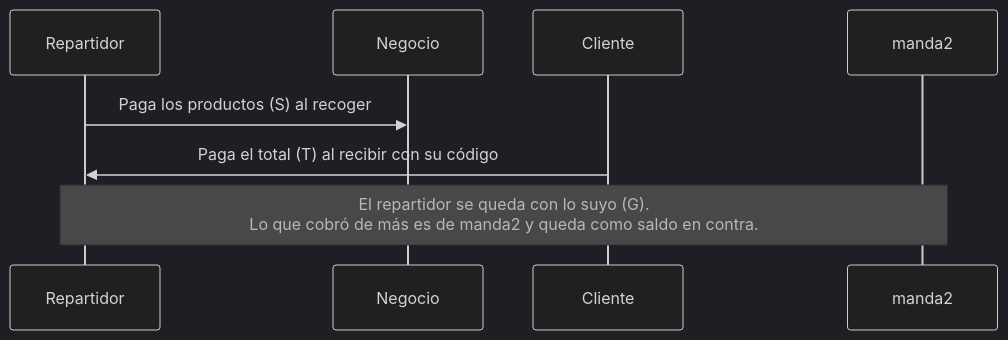
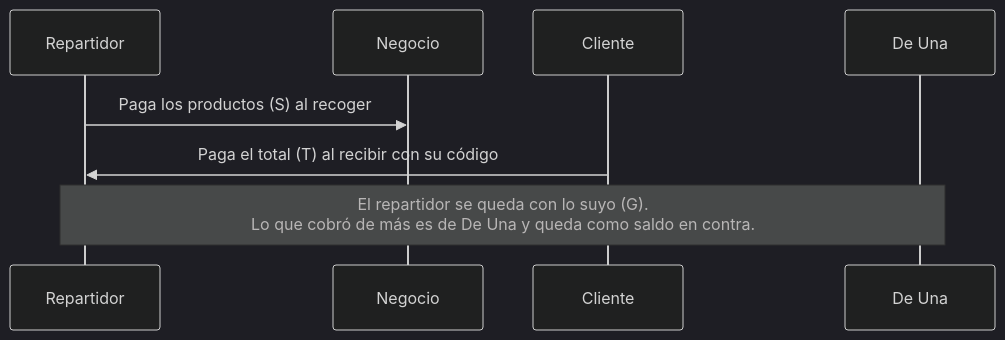
One commit to abycmexico/de-una changed the first of 2 diagrams in docs/03-dinero.md. Above: the diagram before and after it, drawn with Mermaid (dark theme). The commit also changed other lines of this file and 38 other files, not shown here.

````diff
--- a/docs/03-dinero.md
+++ b/docs/03-dinero.md
@@ -28,10 +28,10 @@
 ```mermaid
 sequenceDiagram
     participant R as Repartidor
     participant N as Negocio
     participant C as Cliente
-    participant M as manda2
+    participant M as De Una
     R->>N: Paga los productos (S) al recoger
     C->>R: Paga el total (T) al recibir con su código
-    Note over R,M: El repartidor se queda con lo suyo (G).<br/>Lo que cobró de más es de manda2 y queda como saldo en contra.
+    Note over R,M: El repartidor se queda con lo suyo (G).<br/>Lo que cobró de más es de De Una y queda como saldo en contra.
 ```
````
